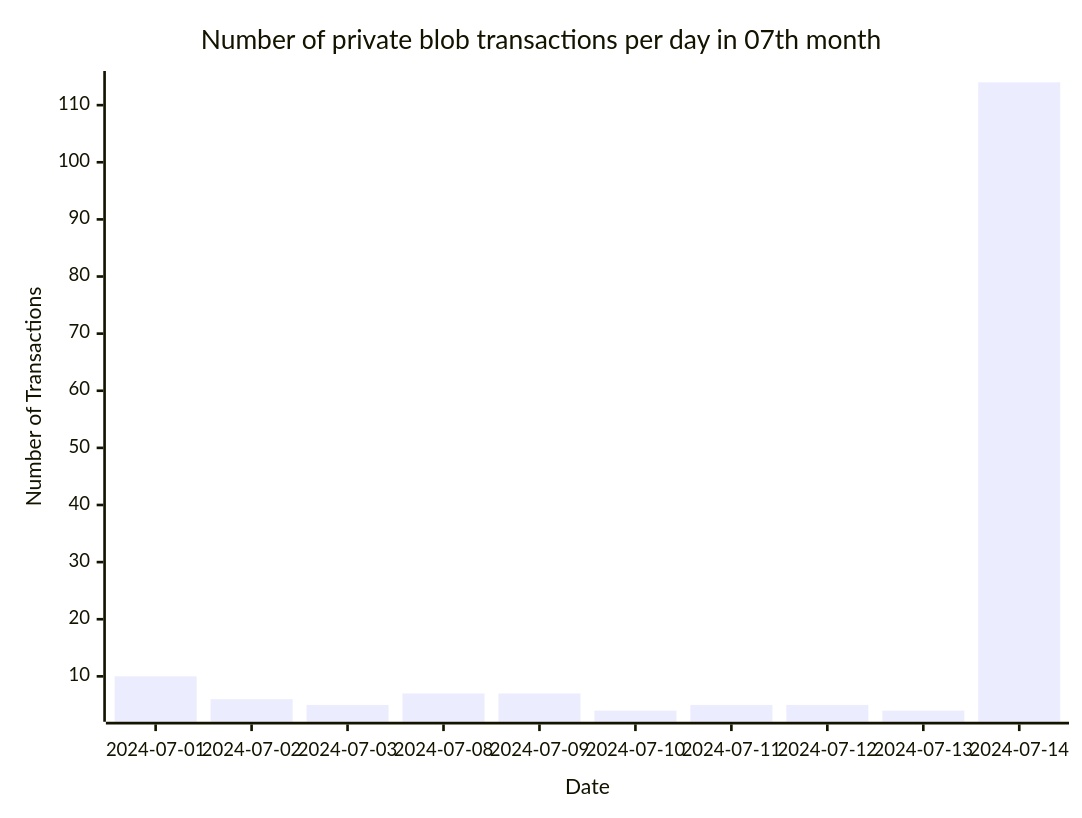
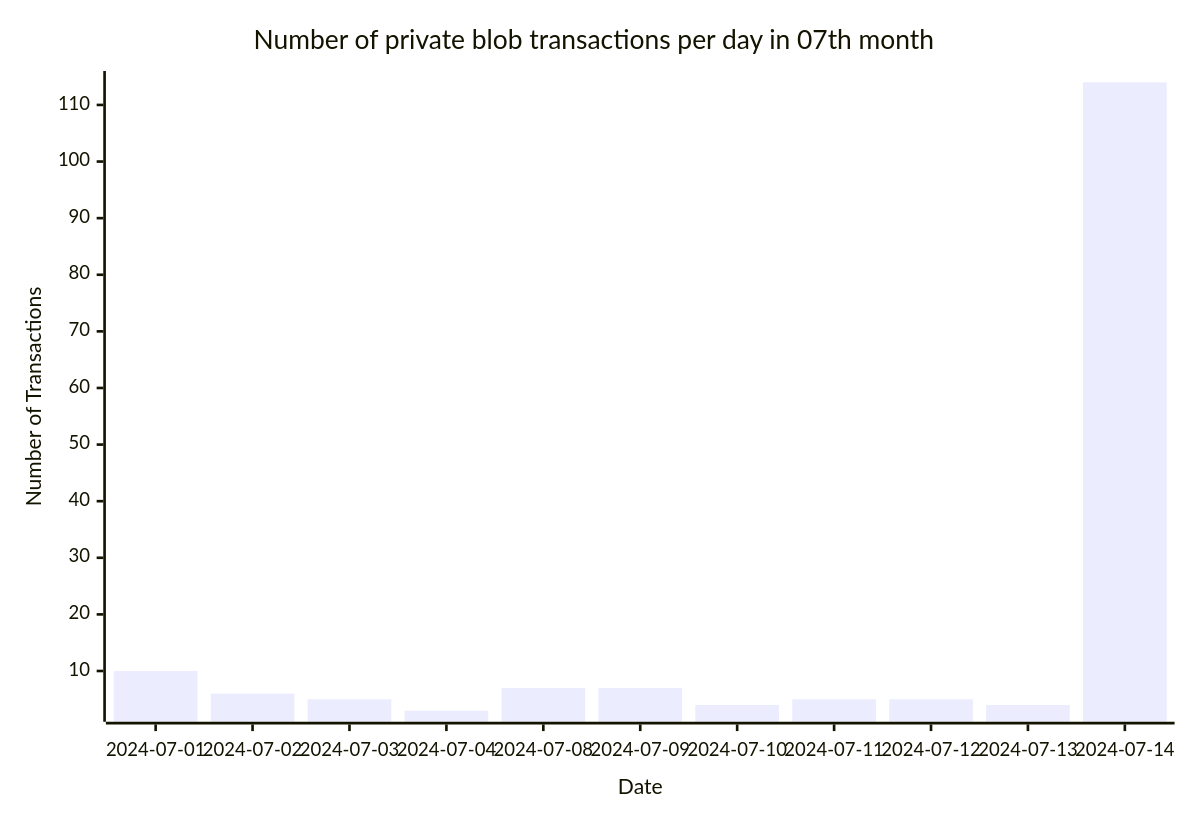
Before and after one commit to Amit0617/eip4844-data: the fifth of 5 diagrams in README.md, drawn with Mermaid. The commit also changed 1 other file, not shown here.

````diff
--- a/README.md
+++ b/README.md
@@ -53,12 +53,12 @@
 ```mermaid
 ---
 config:
     xyChart:
-        width: 800
+        width: 880
         height: 600
 ---
 xychart-beta title "Number of private blob transactions per day in 07th month"
-x-axis "Date" [2024-07-01,2024-07-02,2024-07-03,2024-07-08,2024-07-09,2024-07-10,2024-07-11,2024-07-12,2024-07-13,2024-07-14]
+x-axis "Date" [2024-07-01,2024-07-02,2024-07-03,2024-07-04,2024-07-08,2024-07-09,2024-07-10,2024-07-11,2024-07-12,2024-07-13,2024-07-14]
 y-axis "Number of Transactions"
-bar[10,6,5,7,7,4,5,5,4,114]
+bar[10,6,5,3,7,7,4,5,5,4,114]
 ```
````
